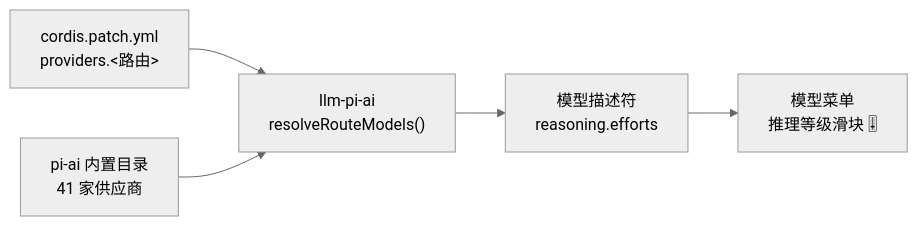
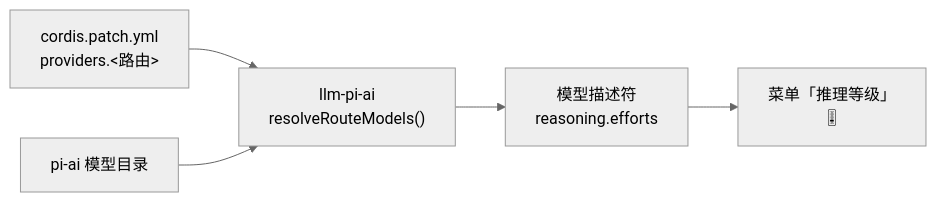
Before and after one commit to tancy9527/dsh-reasoning-presets: the first of 2 diagrams in README.md, drawn with Mermaid (neutral theme). The commit also changed other lines of this file and 1 other file, not shown here.

````diff
--- a/README.md
+++ b/README.md
@@ -24,7 +19,7 @@
 ```mermaid
 flowchart LR
   A["cordis.patch.yml<br/>providers.&lt;路由&gt;"] --> B["llm-pi-ai<br/>resolveRouteModels()"]
-  C["pi-ai 内置目录<br/>41 家供应商"] --> B
+  C["pi-ai 模型目录"] --> B
   B --> D["模型描述符<br/>reasoning.efforts"]
-  D --> E["模型菜单<br/>推理等级滑块 🎚"]
+  D --> E["菜单「推理等级」<br/>🎚"]
 ```
````
